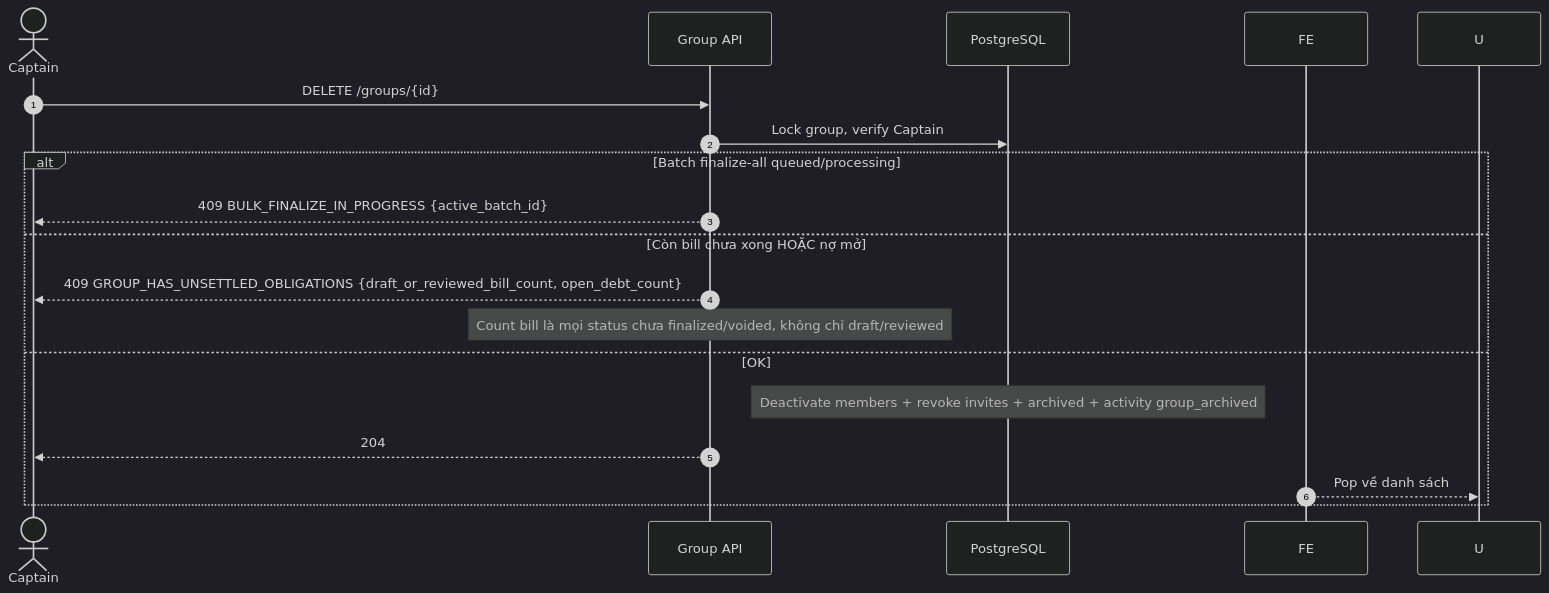
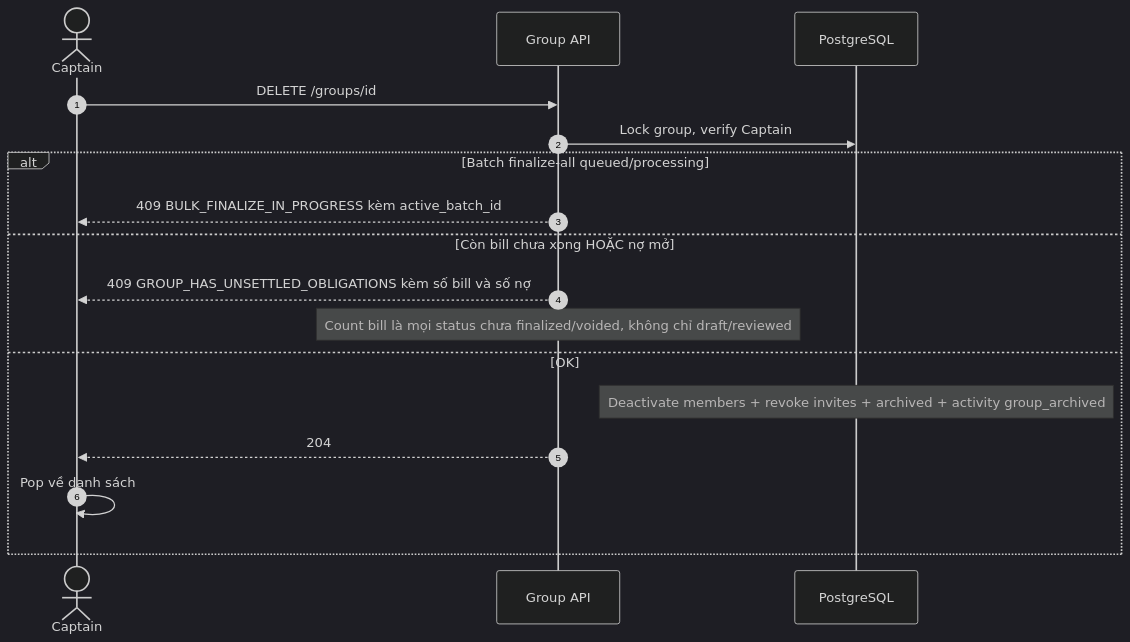
One commit to FintechVSF-Tranning/PaySplit-RP changed the fifth of 7 diagrams in flow/02-group.md. Above: the diagram before and after it, drawn with Mermaid (dark theme). The commit also changed other lines of this file and 7 other files, not shown here.

First line of the commit message:
Refactor notification flow and admin management documentation

````diff
--- a/flow/02-group.md
+++ b/flow/02-group.md
@@ -240,20 +284,20 @@
 ```mermaid
 sequenceDiagram
     autonumber
     actor C as Captain
     participant BE as Group API
     participant DB as PostgreSQL
 
-    C->>BE: DELETE /groups/{id}
+    C->>BE: DELETE /groups/id
     BE->>DB: Lock group, verify Captain
     alt Batch finalize-all queued/processing
-        BE-->>C: 409 BULK_FINALIZE_IN_PROGRESS {active_batch_id}
+        BE-->>C: 409 BULK_FINALIZE_IN_PROGRESS kèm active_batch_id
     else Còn bill chưa xong HOẶC nợ mở
-        BE-->>C: 409 GROUP_HAS_UNSETTLED_OBLIGATIONS {draft_or_reviewed_bill_count, open_debt_count}
+        BE-->>C: 409 GROUP_HAS_UNSETTLED_OBLIGATIONS kèm số bill và số nợ
         Note over BE: Count bill là mọi status chưa finalized/voided, không chỉ draft/reviewed
     else OK
         Note over DB: Deactivate members + revoke invites + archived + activity group_archived
         BE-->>C: 204
-        FE-->>U: Pop về danh sách
+        C->>C: Pop về danh sách
     end
 ```
````
